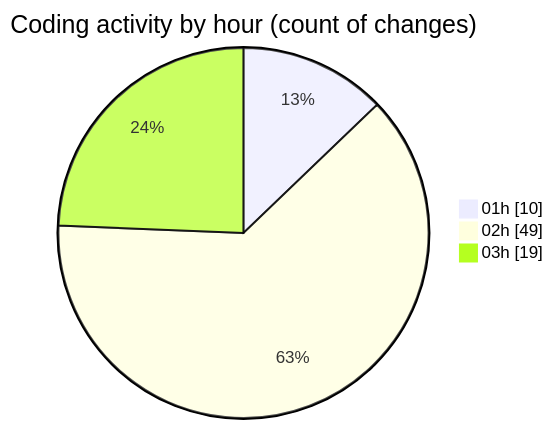
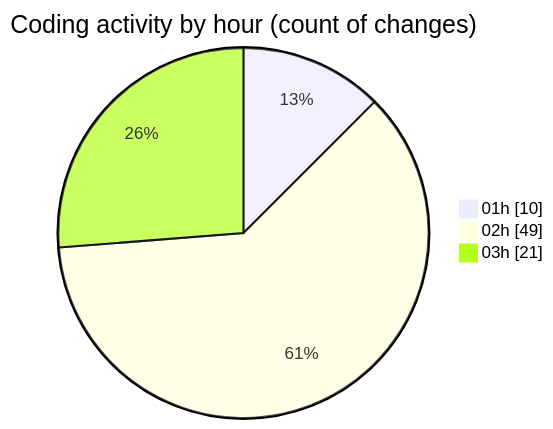
The second of 2 diagrams in 2025-11-21/eventscop-frontend-guide__workspace_/README.md (julien-gomy/code-tracking), drawn with Mermaid before and after one commit. The commit also changed other lines of this file and 1 other file, not shown here.

````diff
--- a/2025-11-21/eventscop-frontend-guide__workspace_/README.md
+++ b/2025-11-21/eventscop-frontend-guide__workspace_/README.md
@@ -58,7 +59,7 @@
 ```mermaid
 pie showData
 title Coding activity by hour (count of changes)
 "01h" : 10
 "02h" : 49
-"03h" : 19
+"03h" : 21
 ```
````
